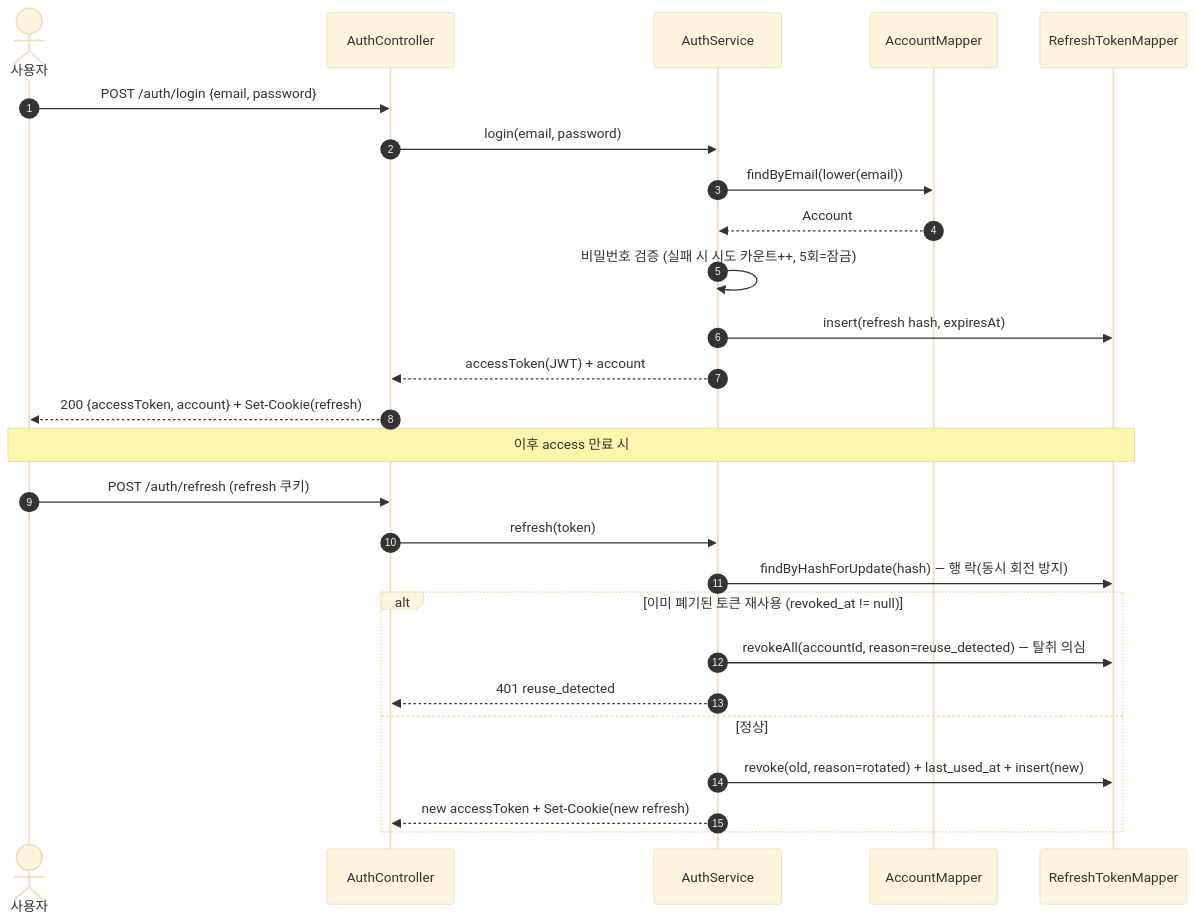
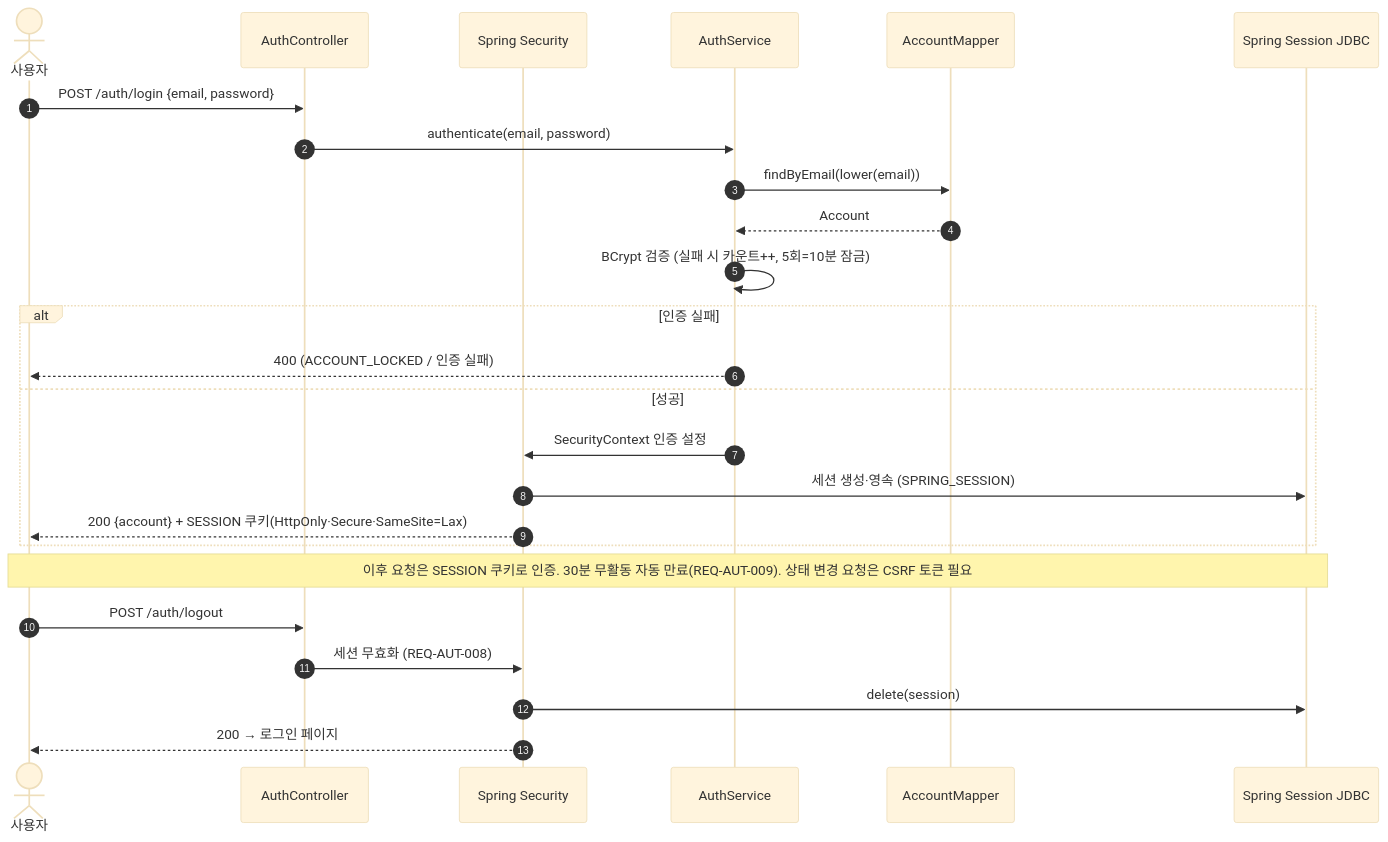
One commit to HyeonJ/sp-project-portal changed the second of 7 diagrams in docs/class-sequence.md. Above: the diagram before and after it, drawn with Mermaid (base theme). The commit also changed other lines of this file and 4 other files, not shown here.

````diff
--- a/docs/class-sequence.md
+++ b/docs/class-sequence.md
@@ -131,28 +131,27 @@
 ```mermaid
 sequenceDiagram
     autonumber
     actor U as 사용자
     participant C as AuthController
+    participant SS as Spring Security
     participant S as AuthService
     participant M as AccountMapper
-    participant R as RefreshTokenMapper
+    participant SJ as Spring Session JDBC
     U->>C: POST /auth/login {email, password}
-    C->>S: login(email, password)
+    C->>S: authenticate(email, password)
     S->>M: findByEmail(lower(email))
     M-->>S: Account
-    S->>S: 비밀번호 검증 (실패 시 시도 카운트++, 5회=잠금)
-    S->>R: insert(refresh hash, expiresAt)
-    S-->>C: accessToken(JWT) + account
-    C-->>U: 200 {accessToken, account} + Set-Cookie(refresh)
-    Note over U,R: 이후 access 만료 시
-    U->>C: POST /auth/refresh (refresh 쿠키)
-    C->>S: refresh(token)
-    S->>R: findByHashForUpdate(hash) — 행 락(동시 회전 방지)
-    alt 이미 폐기된 토큰 재사용 (revoked_at != null)
-        S->>R: revokeAll(accountId, reason=reuse_detected) — 탈취 의심
-        S-->>C: 401 reuse_detected
-    else 정상
-        S->>R: revoke(old, reason=rotated) + last_used_at + insert(new)
-        S-->>C: new accessToken + Set-Cookie(new refresh)
+    S->>S: BCrypt 검증 (실패 시 카운트++, 5회=10분 잠금)
+    alt 인증 실패
+        S-->>U: 400 (ACCOUNT_LOCKED / 인증 실패)
+    else 성공
+        S->>SS: SecurityContext 인증 설정
+        SS->>SJ: 세션 생성·영속 (SPRING_SESSION)
+        SS-->>U: 200 {account} + SESSION 쿠키(HttpOnly·Secure·SameSite=Lax)
     end
+    Note over U,SJ: 이후 요청은 SESSION 쿠키로 인증. 30분 무활동 자동 만료(REQ-AUT-009). 상태 변경 요청은 CSRF 토큰 필요
+    U->>C: POST /auth/logout
+    C->>SS: 세션 무효화 (REQ-AUT-008)
+    SS->>SJ: delete(session)
+    SS-->>U: 200 → 로그인 페이지
 ```
````
